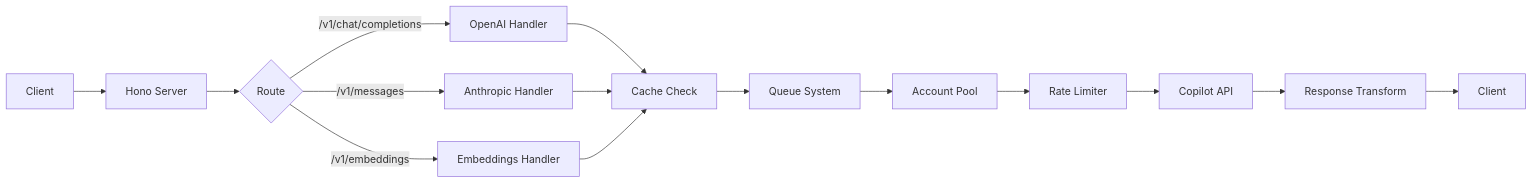
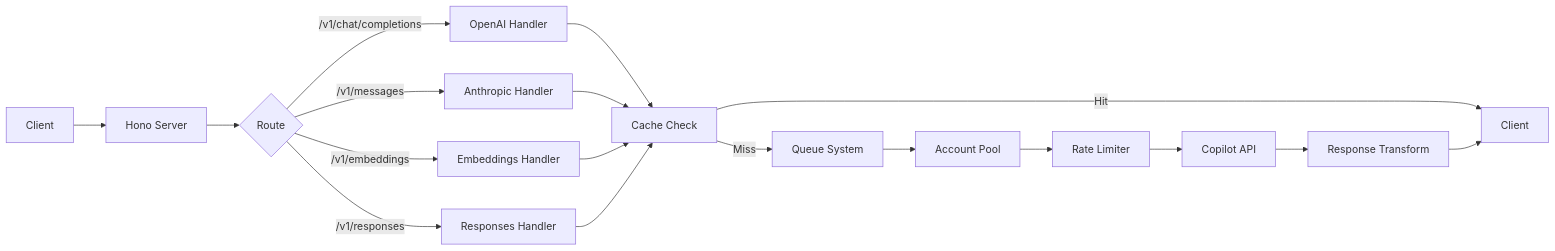
Before and after one commit to el-pablos/copilot-api: the first of 2 diagrams in README.md, drawn with Mermaid. The commit also changed other lines of this file and 1 other file, not shown here.

First line of the commit message:
add: implementasi theme toggle dark/light mode dengan system preference

````diff
--- a/README.md
+++ b/README.md
@@ -185,17 +204,20 @@
 ```mermaid
 flowchart LR
     A[Client] --> B[Hono Server]
     B --> C{Route}
     C -->|/v1/chat/completions| D[OpenAI Handler]
     C -->|/v1/messages| E[Anthropic Handler]
     C -->|/v1/embeddings| F[Embeddings Handler]
-    D --> G[Cache Check]
-    E --> G
-    F --> G
-    G --> H[Queue System]
-    H --> I[Account Pool]
-    I --> J[Rate Limiter]
-    J --> K[Copilot API]
-    K --> L[Response Transform]
-    L --> M[Client]
+    C -->|/v1/responses| G[Responses Handler]
+    D --> H[Cache Check]
+    E --> H
+    F --> H
+    G --> H
+    H -->|Hit| M[Client]
+    H -->|Miss| I[Queue System]
+    I --> J[Account Pool]
+    J --> K[Rate Limiter]
+    K --> L[Copilot API]
+    L --> N[Response Transform]
+    N --> M
 ```
````
